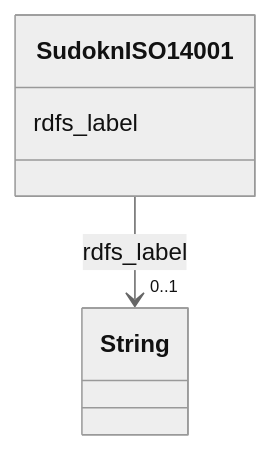
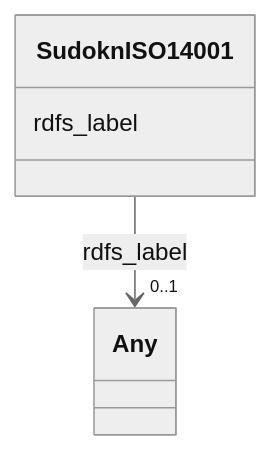
The diagram in sudokn-kg/classes/SudoknISO14001.md (frink-okn/graph-descriptions), drawn with Mermaid (neutral theme) before and after one commit. The commit also changed other lines of this file and 903 other files, not shown here.

````diff
--- a/sudokn-kg/classes/SudoknISO14001.md
+++ b/sudokn-kg/classes/SudoknISO14001.md
@@ -23,15 +18,15 @@
 ```mermaid
  classDiagram
     class SudoknISO14001
     click SudoknISO14001 href "../SudoknISO14001"
       SudoknISO14001 : rdfs_label
         
           
     
     
-    SudoknISO14001 --> "0..1" String : rdfs_label
-    click String href "../String"
+    SudoknISO14001 --> "0..1" Any : rdfs_label
+    click Any href "../Any"
 
         
       
 ```
````
